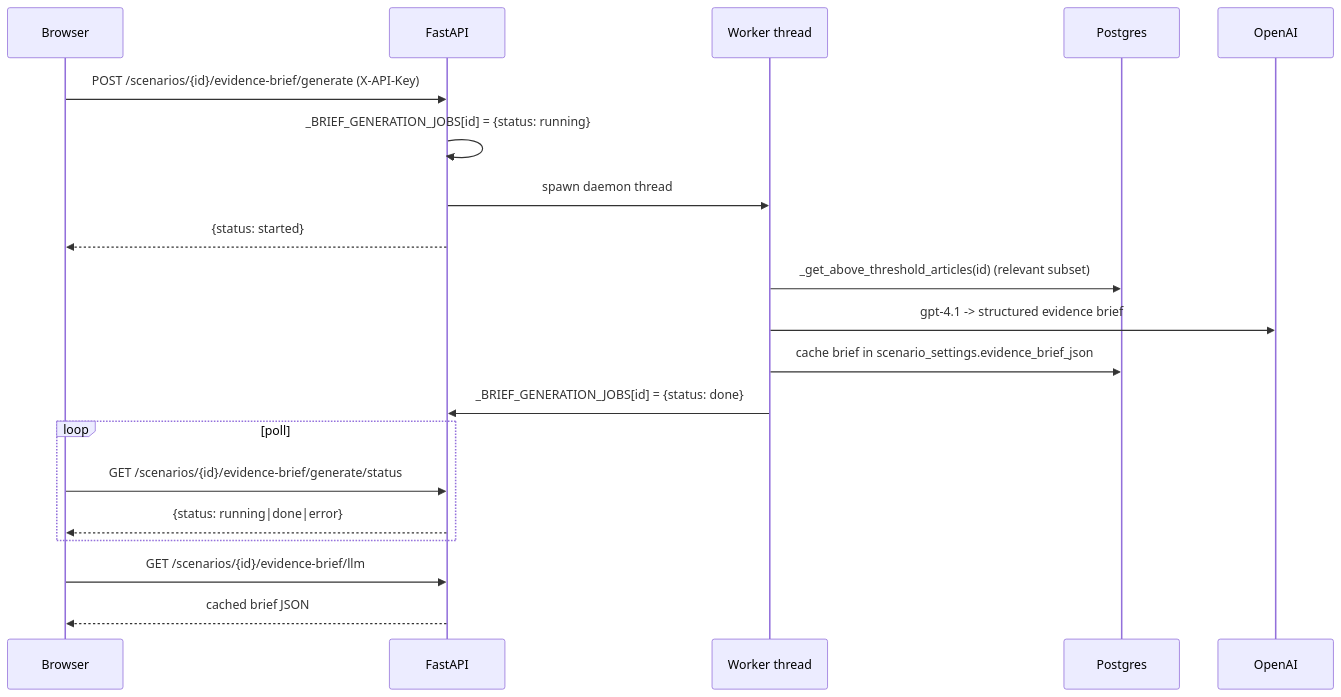
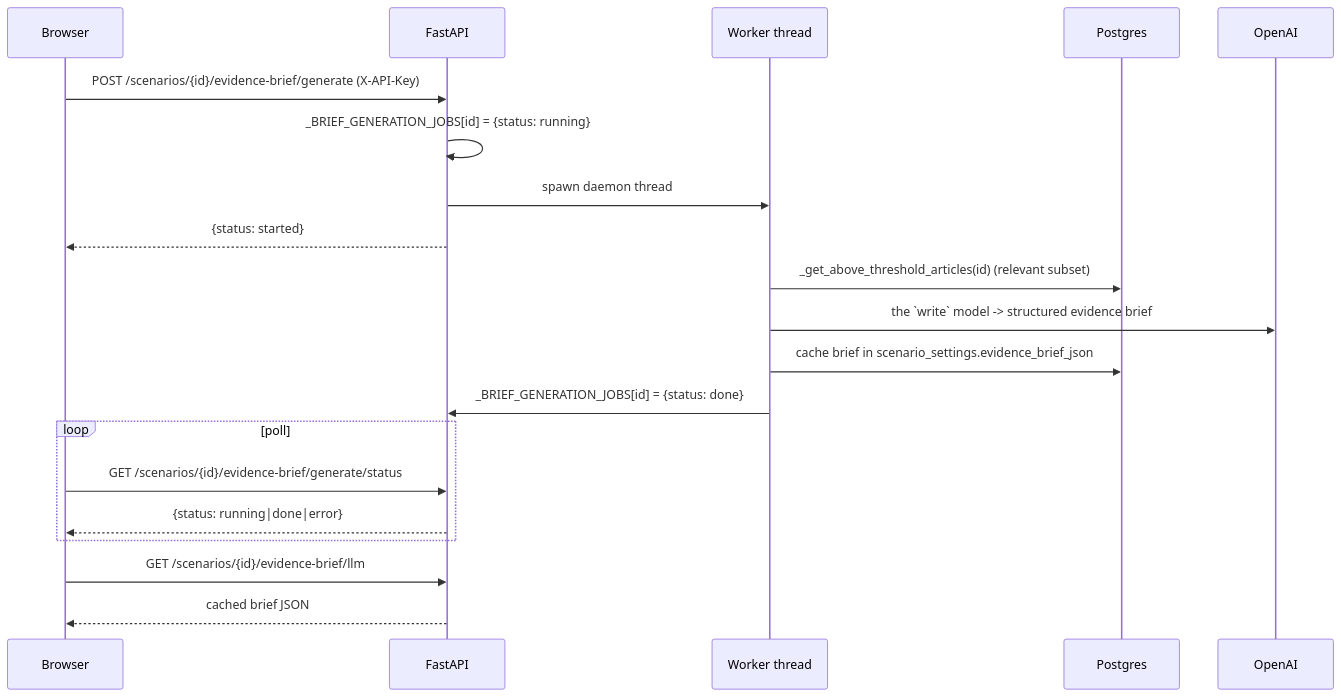
Before and after one commit to erol-orel/LiteRev-Evidence: the fifth of 8 diagrams in docs/ARCHITECTURE.md, drawn with Mermaid. The commit also changed other lines of this file and 9 other files, not shown here.

````diff
--- a/docs/ARCHITECTURE.md
+++ b/docs/ARCHITECTURE.md
@@ -323,23 +329,23 @@
 ```mermaid
 sequenceDiagram
     participant B as Browser
     participant API as FastAPI
     participant T as Worker thread
     participant DB as Postgres
     participant OAI as OpenAI
 
     B->>API: POST /scenarios/{id}/evidence-brief/generate  (X-API-Key)
     API->>API: _BRIEF_GENERATION_JOBS[id] = {status: running}
     API->>T: spawn daemon thread
     API-->>B: {status: started}
     T->>DB: _get_above_threshold_articles(id)  (relevant subset)
-    T->>OAI: gpt-4.1 -> structured evidence brief
+    T->>OAI: the `write` model -> structured evidence brief
     T->>DB: cache brief in scenario_settings.evidence_brief_json
     T->>API: _BRIEF_GENERATION_JOBS[id] = {status: done}
     loop poll
         B->>API: GET /scenarios/{id}/evidence-brief/generate/status
         API-->>B: {status: running|done|error}
     end
     B->>API: GET /scenarios/{id}/evidence-brief/llm
     API-->>B: cached brief JSON
 ```
````
